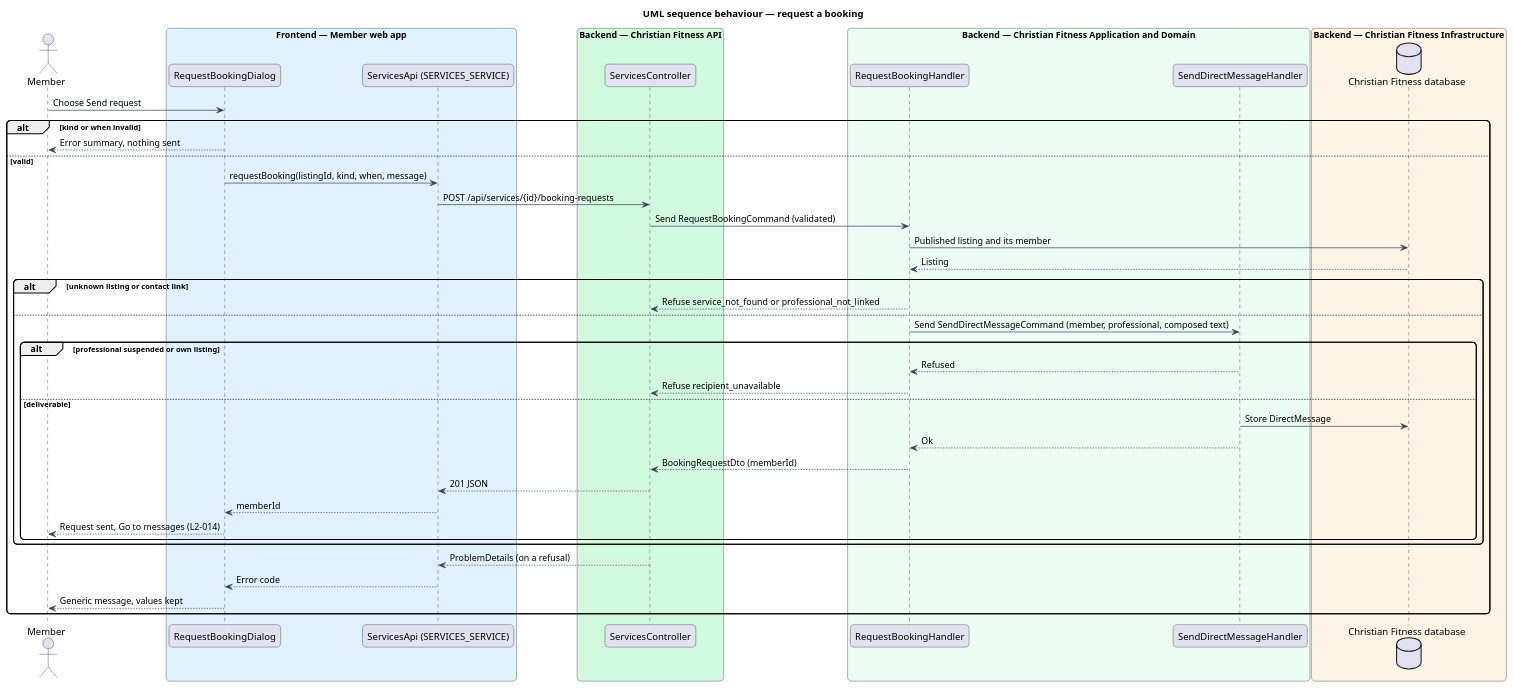
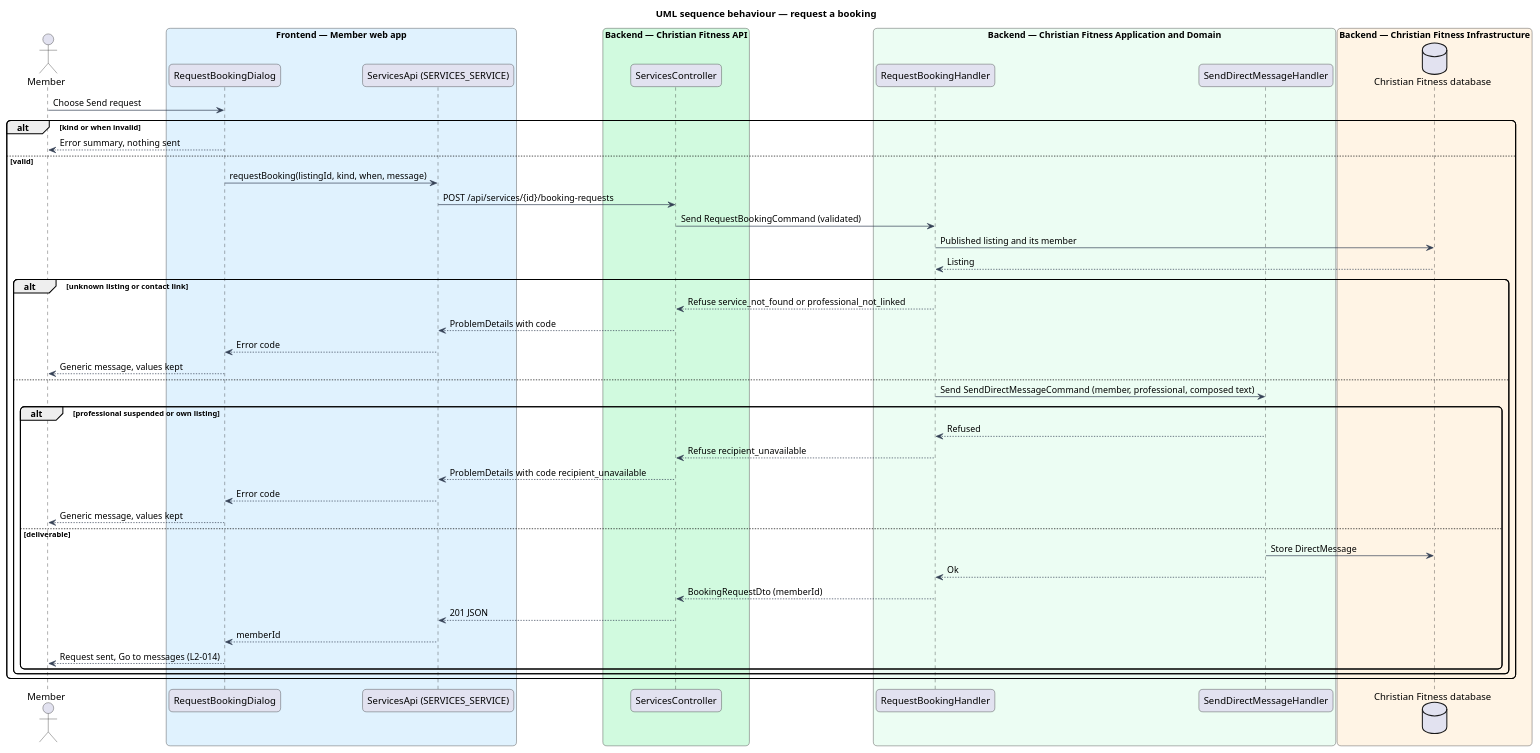
One commit to QuinntyneBrown/christian-fitness changed the diagram in docs/detailed-designs/services/contact-professional/diagrams/sequence-request-booking.puml. Above: the diagram before and after it, drawn with PlantUML. The commit also changed 17 other files, not shown here.

First line of the commit message:
Follow-ups: re-render stale diagrams and fix offline flake

```diff
--- a/docs/detailed-designs/services/contact-professional/diagrams/sequence-request-booking.puml
+++ b/docs/detailed-designs/services/contact-professional/diagrams/sequence-request-booking.puml
@@ -1,52 +1,55 @@
 @startuml
 title UML sequence behaviour — request a booking
 skinparam backgroundColor #FFFFFF
 skinparam shadowing false
 skinparam roundcorner 12
 skinparam defaultFontName Arial
 skinparam ArrowColor #344054
 actor "Member" as actor
 box "Frontend — Member web app" #E0F2FE
   participant "RequestBookingDialog" as dialog
   participant "ServicesApi (SERVICES_SERVICE)" as client
 end box
 box "Backend — Christian Fitness API" #D1FADF
   participant "ServicesController" as ctrl
 end box
 box "Backend — Christian Fitness Application and Domain" #ECFDF3
   participant "RequestBookingHandler" as h
   participant "SendDirectMessageHandler" as dm
 end box
 box "Backend — Christian Fitness Infrastructure" #FFF4E5
   database "Christian Fitness database" as db
 end box
 actor -> dialog : Choose Send request
 alt kind or when invalid
   dialog --> actor : Error summary, nothing sent
 else valid
   dialog -> client : requestBooking(listingId, kind, when, message)
   client -> ctrl : POST /api/services/{id}/booking-requests
   ctrl -> h : Send RequestBookingCommand (validated)
   h -> db : Published listing and its member
   db --> h : Listing
   alt unknown listing or contact link
     h --> ctrl : Refuse service_not_found or professional_not_linked
+    ctrl --> client : ProblemDetails with code
+    client --> dialog : Error code
+    dialog --> actor : Generic message, values kept
   else
     h -> dm : Send SendDirectMessageCommand (member, professional, composed text)
     alt professional suspended or own listing
       dm --> h : Refused
       h --> ctrl : Refuse recipient_unavailable
+      ctrl --> client : ProblemDetails with code recipient_unavailable
+      client --> dialog : Error code
+      dialog --> actor : Generic message, values kept
     else deliverable
       dm -> db : Store DirectMessage
       dm --> h : Ok
       h --> ctrl : BookingRequestDto (memberId)
       ctrl --> client : 201 JSON
       client --> dialog : memberId
       dialog --> actor : Request sent, Go to messages (L2-014)
     end
   end
-  ctrl --> client : ProblemDetails (on a refusal)
-  client --> dialog : Error code
-  dialog --> actor : Generic message, values kept
 end
 @enduml
```
